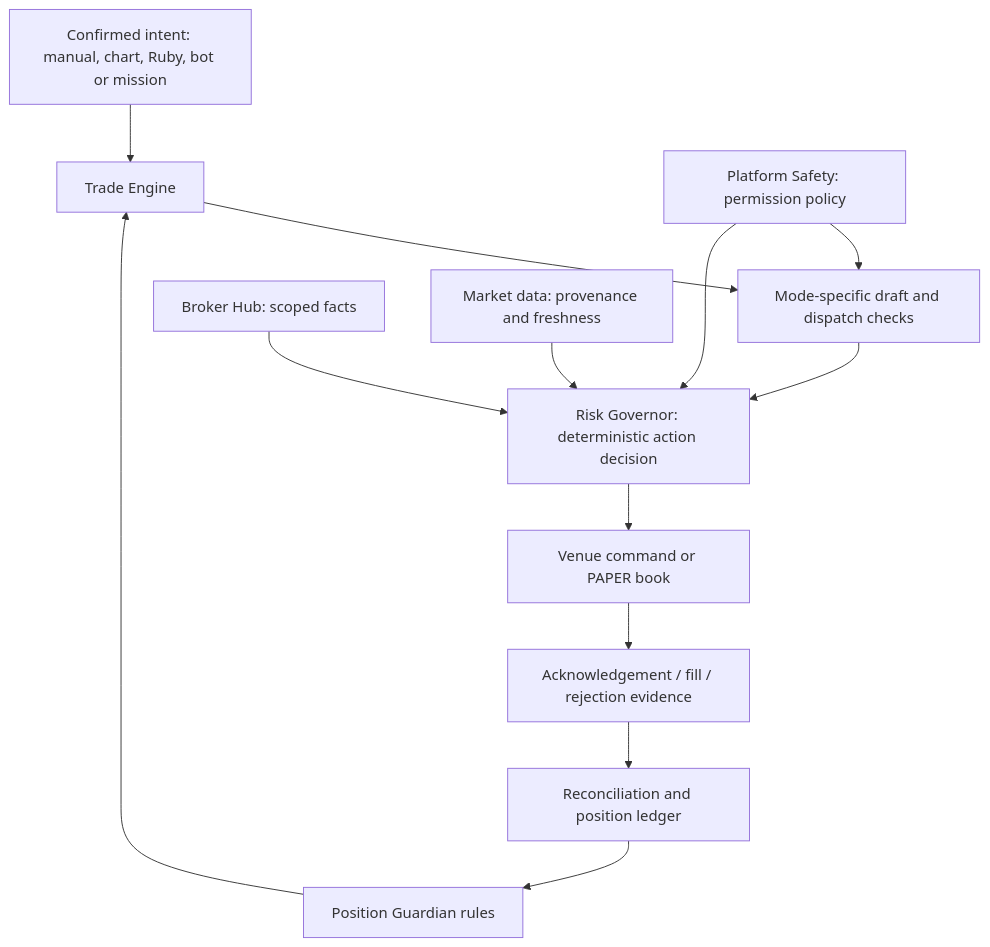
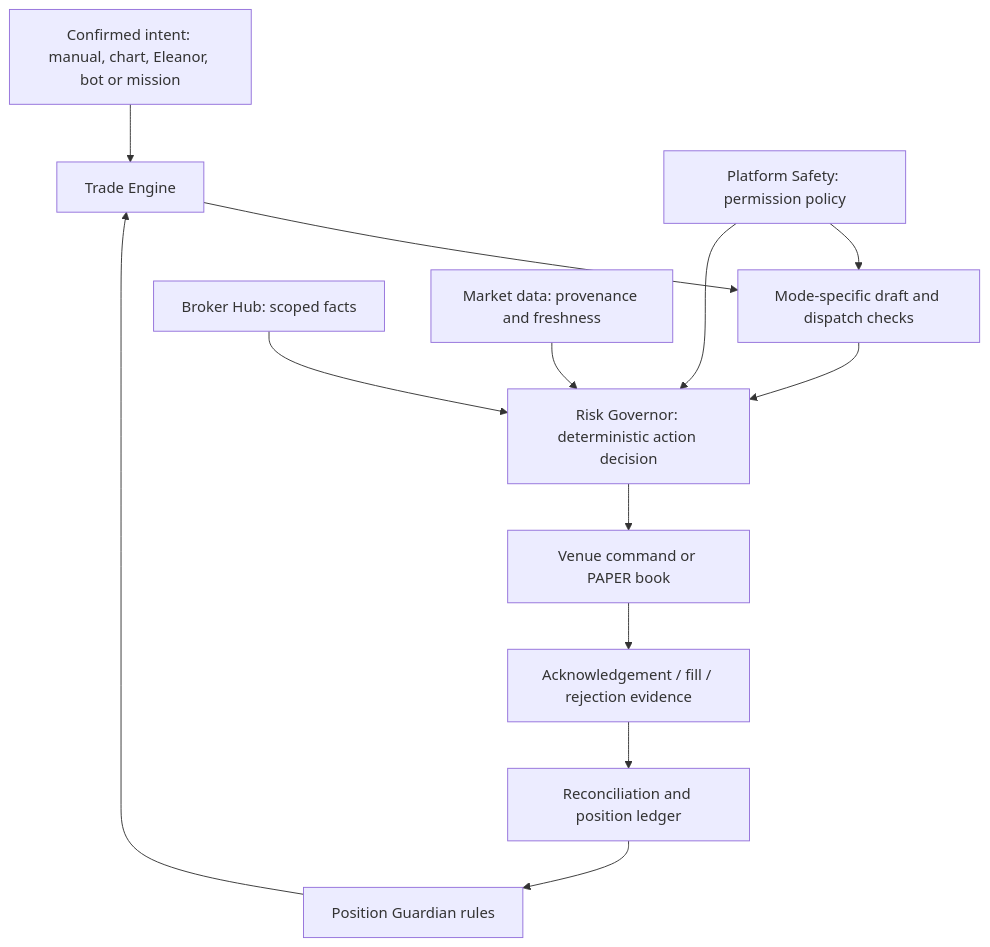
One commit to portava/arxai changed the diagram in docs/ARCHITECTURE_MAP.md. Above: the diagram before and after it, drawn with Mermaid. The commit also changed other lines of this file and 1536 other files, not shown here.

````diff
--- a/docs/ARCHITECTURE_MAP.md
+++ b/docs/ARCHITECTURE_MAP.md
@@ -29,15 +29,15 @@
 ```mermaid
 flowchart TD
-  U[Confirmed intent: manual, chart, Ruby, bot or mission] --> E[Trade Engine]
+  U[Confirmed intent: manual, chart, Eleanor, bot or mission] --> E[Trade Engine]
   E --> G[Mode-specific draft and dispatch checks]
   S[Platform Safety: permission policy] --> G
   G --> R[Risk Governor: deterministic action decision]
   S --> R
   H[Broker Hub: scoped facts] --> R
   Q[Market data: provenance and freshness] --> R
   R --> V[Venue command or PAPER book]
   V --> A[Acknowledgement / fill / rejection evidence]
   A --> L[Reconciliation and position ledger]
   L --> P[Position Guardian rules]
   P --> E
 ```
````
